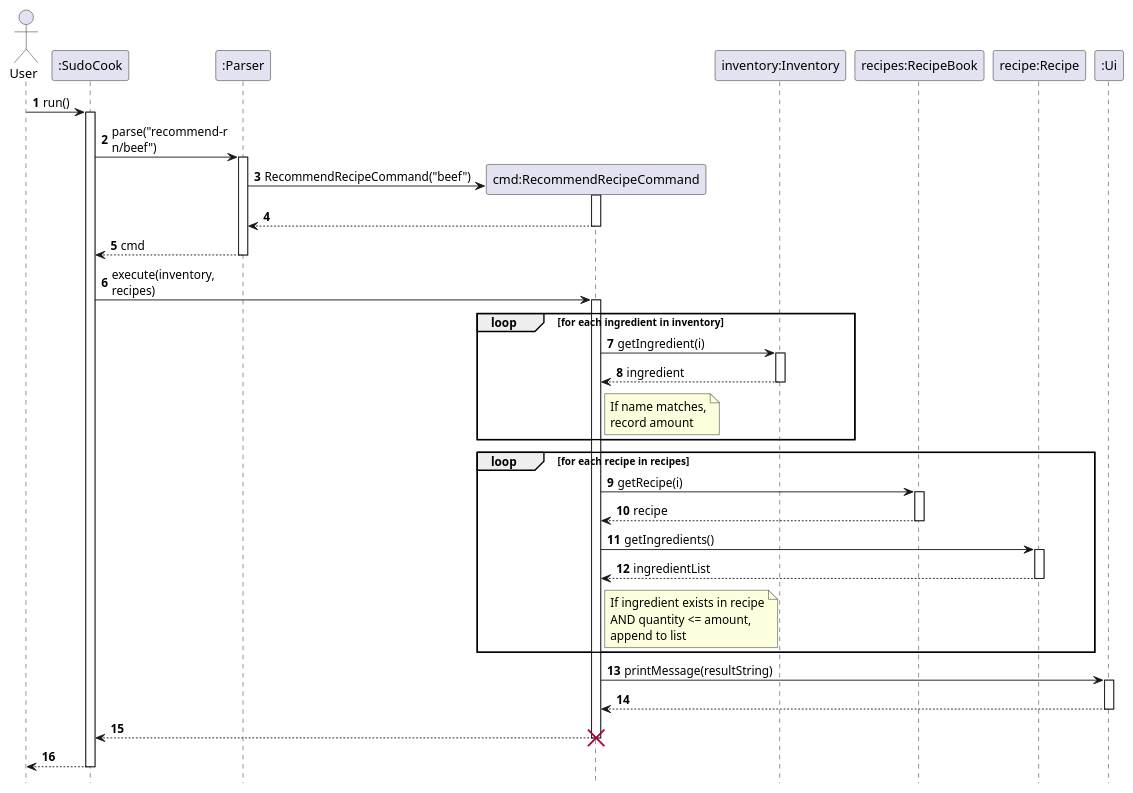
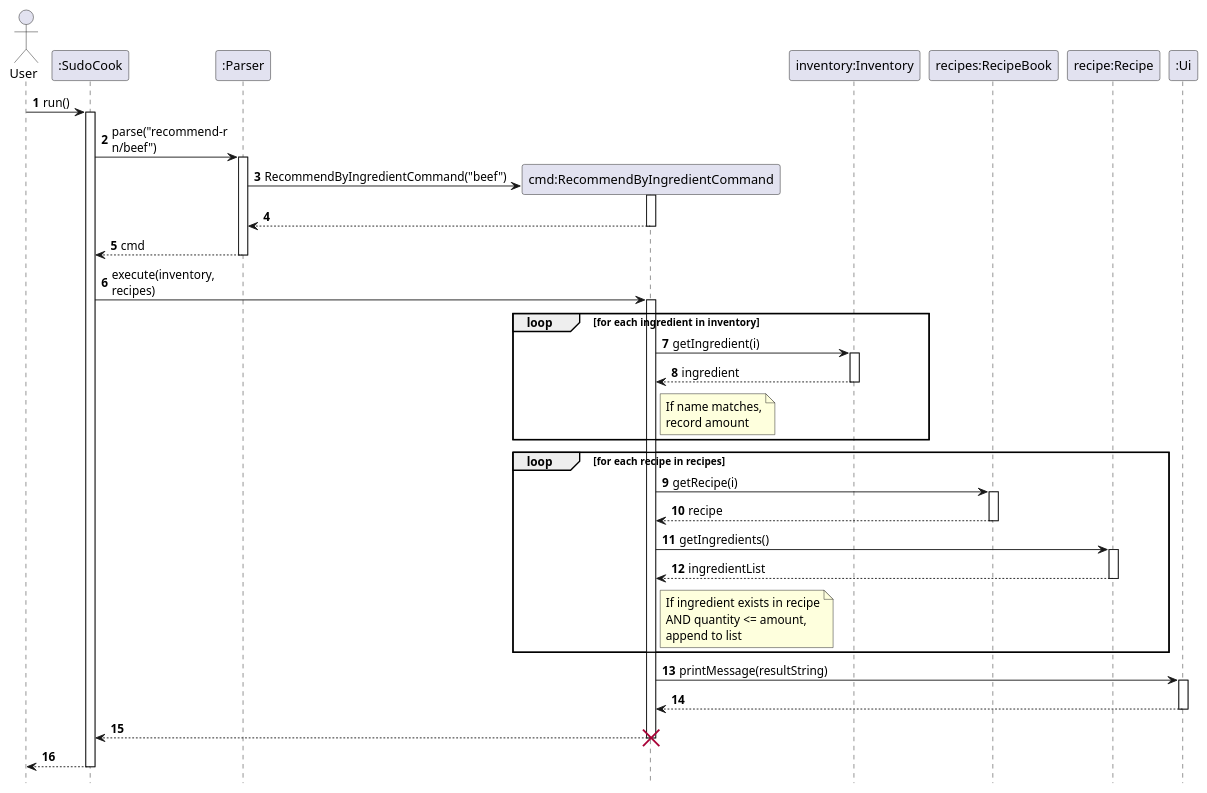
Before and after one commit to kohtzerui/tp: the diagram in docs/team/RecommendSD.puml, drawn with PlantUML. The commit also changed 7 other files, not shown here.

Commit message:
Rename RecommendRecipeCommand to RecommendByIngredientCommand

```diff
--- a/docs/team/RecommendSD.puml
+++ b/docs/team/RecommendSD.puml
@@ -1,70 +1,70 @@
 @startuml
 'https://plantuml.com/sequence-diagram
 
 autonumber
 hide footbox
 
 skinparam MaxMessageSize 150
 
 actor User
 participant ":SudoCook" as SudoCook
 participant ":Parser" as Parser
-participant "cmd:RecommendRecipeCommand" as Cmd
+participant "cmd:RecommendByIngredientCommand" as Cmd
 participant "inventory:Inventory" as Inventory
 participant "recipes:RecipeBook" as RecipeBook
 participant "recipe:Recipe" as Recipe
 participant ":Ui" as Ui
 
 User -> SudoCook : run()
 activate SudoCook
 
 SudoCook -> Parser : parse("recommend-r n/beef")
 activate Parser
 
 create Cmd
-Parser -> Cmd ** : RecommendRecipeCommand("beef")
+Parser -> Cmd ** : RecommendByIngredientCommand("beef")
 activate Cmd
 Cmd --> Parser
 deactivate Cmd
 
 Parser --> SudoCook : cmd
 deactivate Parser
 
 SudoCook -> Cmd : execute(inventory, recipes)
 activate Cmd
 
 loop for each ingredient in inventory
     Cmd -> Inventory : getIngredient(i)
     activate Inventory
     Inventory --> Cmd : ingredient
     deactivate Inventory
     note right of Cmd : If name matches,\nrecord amount
 end
 
 loop for each recipe in recipes
     Cmd -> RecipeBook : getRecipe(i)
     activate RecipeBook
     RecipeBook --> Cmd : recipe
     deactivate RecipeBook
 
     Cmd -> Recipe : getIngredients()
     activate Recipe
     Recipe --> Cmd : ingredientList
     deactivate Recipe
 
     note right of Cmd : If ingredient exists in recipe\nAND quantity <= amount,\nappend to list
 end
 
 Cmd -> Ui : printMessage(resultString)
 activate Ui
 Ui --> Cmd
 deactivate Ui
 
 SudoCook <-- Cmd
 deactivate Cmd
 destroy Cmd
 
 SudoCook --> User
 deactivate SudoCook
 
 @enduml
```
